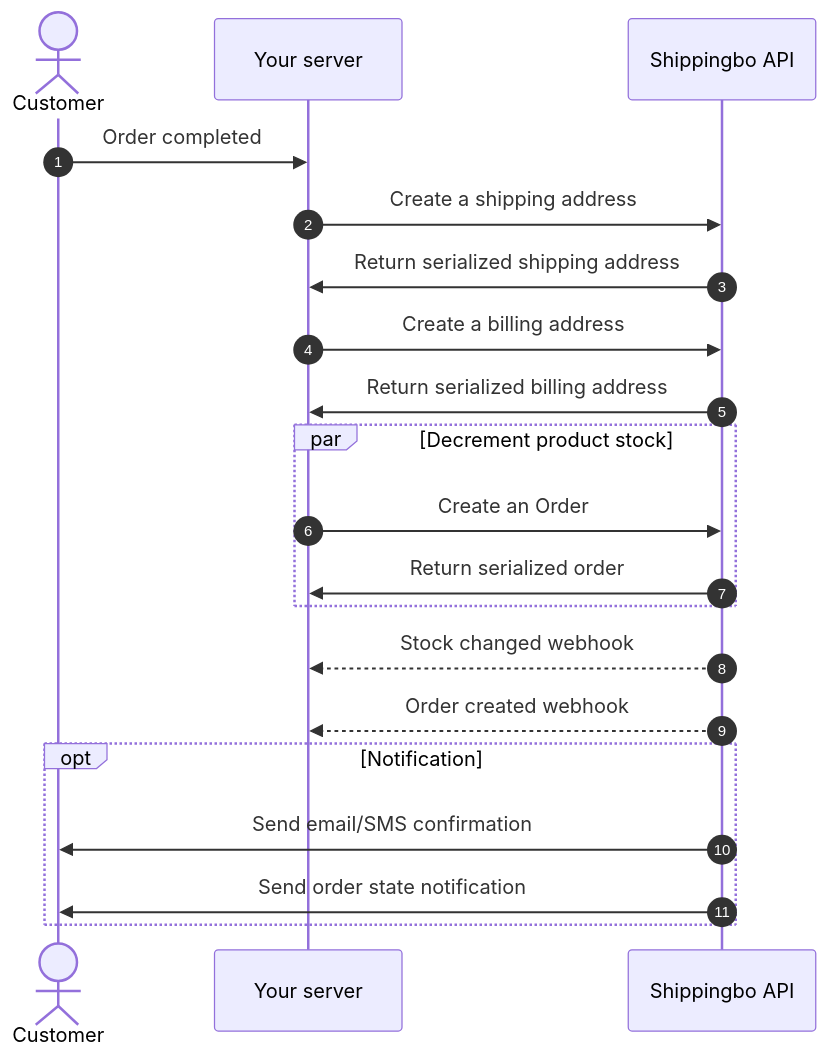
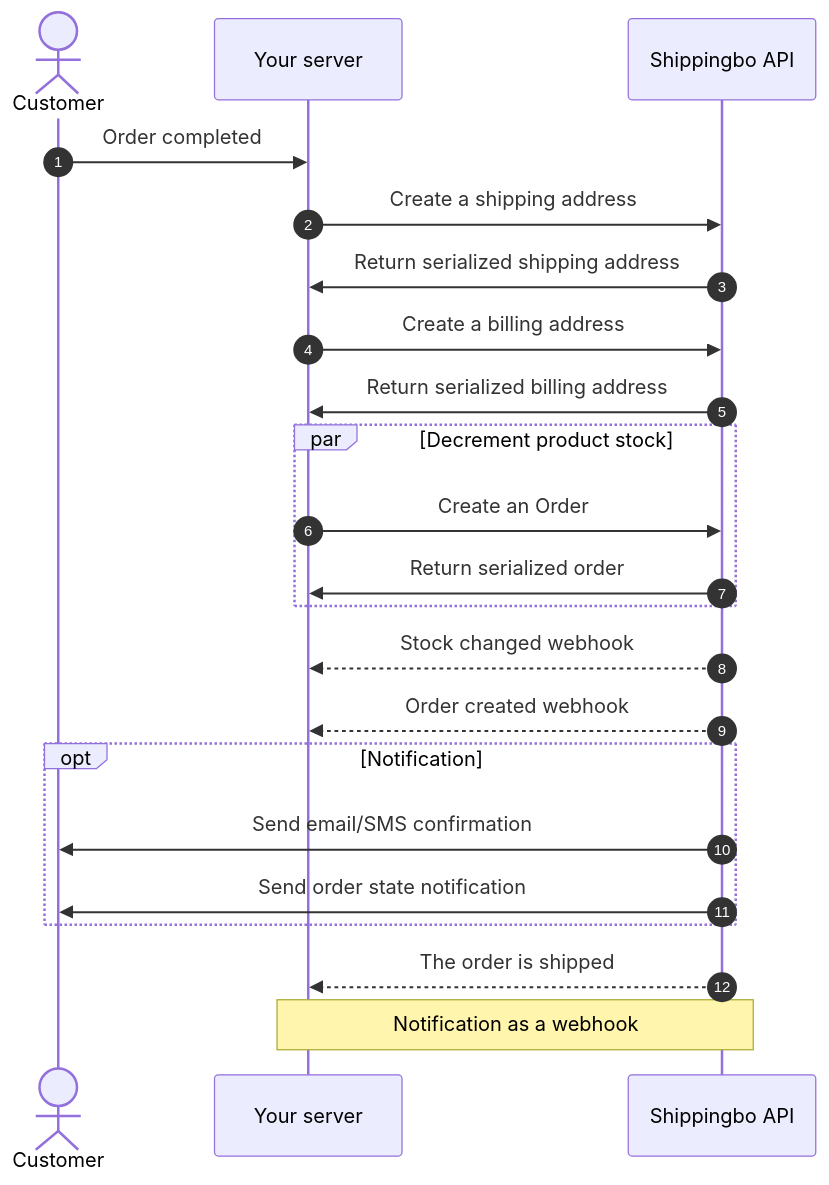
The diagram in docs/Good Practices/Order source/Order Management/connect-order-source.md (Facilecomm/shippingbo-api-doc), drawn with Mermaid before and after one commit. The commit also changed 46 other files, not shown here.

````diff
--- a/docs/Good Practices/Order source/Order Management/connect-order-source.md
+++ b/docs/Good Practices/Order source/Order Management/connect-order-source.md
@@ -16,20 +16,22 @@
 ```mermaid
 sequenceDiagram
     actor Customer
     autonumber
     Customer->>Your server: Order completed
     Your server->>Shippingbo API: Create a shipping address
     Shippingbo API->>Your server: Return serialized shipping address
     Your server->>Shippingbo API: Create a billing address
     Shippingbo API->>Your server: Return serialized billing address
     par Decrement product stock
       Your server->>Shippingbo API: Create an Order
       Shippingbo API->>Your server: Return serialized order
     end
     Shippingbo API-->>Your server: Stock changed webhook
     Shippingbo API-->>Your server: Order created webhook
     opt Notification
       Shippingbo API->>Customer: Send email/SMS confirmation
       Shippingbo API->>Customer: Send order state notification
     end
+    Shippingbo API-->>Your server: The order is shipped
+    Note over Shippingbo API,Your server: Notification as a webhook
 ```
````
